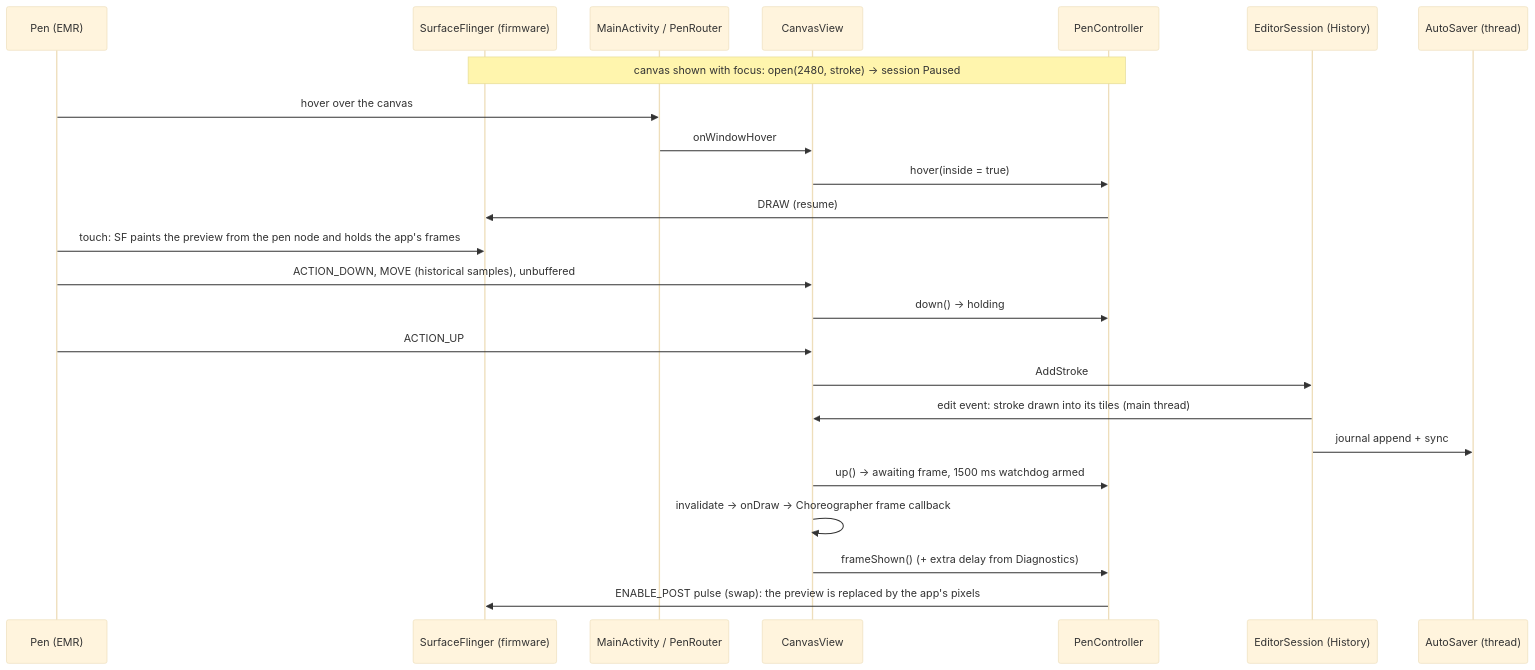
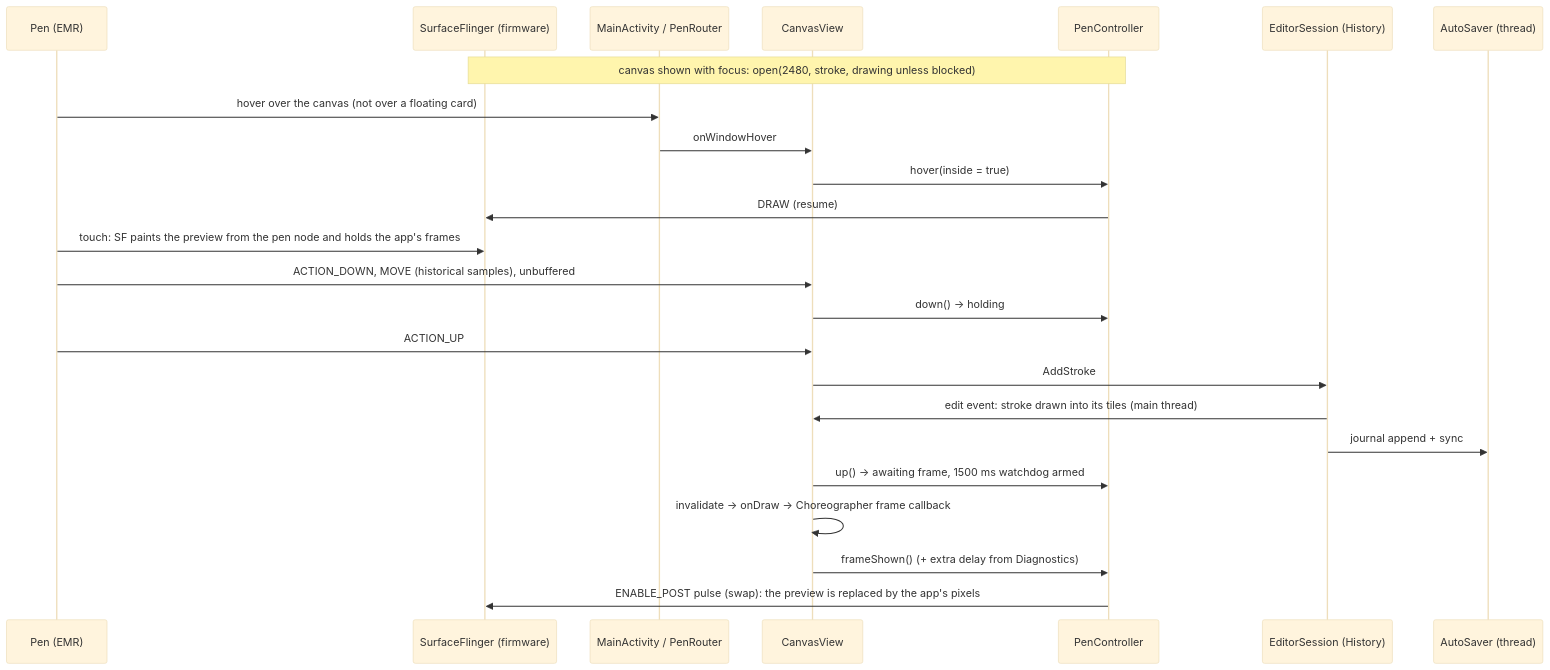
Before and after one commit to huuunleashed/BooxUltimatum: the diagram in docs/08-nib.md, drawn with Mermaid (base theme). The commit also changed other lines of this file and 124 other files, not shown here.

````diff
--- a/docs/08-nib.md
+++ b/docs/08-nib.md
@@ -23,26 +24,26 @@
 ```mermaid
 sequenceDiagram
     participant Pen as Pen (EMR)
     participant SF as SurfaceFlinger (firmware)
     participant Act as MainActivity / PenRouter
     participant View as CanvasView
     participant Ctl as PenController
     participant Doc as EditorSession (History)
     participant Save as AutoSaver (thread)
-    Note over Ctl,SF: canvas shown with focus: open(2480, stroke) → session Paused
-    Pen->>Act: hover over the canvas
+    Note over Ctl,SF: canvas shown with focus: open(2480, stroke, drawing unless blocked)
+    Pen->>Act: hover over the canvas (not over a floating card)
     Act->>View: onWindowHover
     View->>Ctl: hover(inside = true)
     Ctl->>SF: DRAW (resume)
     Pen->>SF: touch: SF paints the preview from the pen node and holds the app's frames
     Pen->>View: ACTION_DOWN, MOVE (historical samples), unbuffered
     View->>Ctl: down() → holding
     Pen->>View: ACTION_UP
     View->>Doc: AddStroke
     Doc->>View: edit event: stroke drawn into its tiles (main thread)
     Doc->>Save: journal append + sync
     View->>Ctl: up() → awaiting frame, 1500 ms watchdog armed
     View->>View: invalidate → onDraw → Choreographer frame callback
     View->>Ctl: frameShown() (+ extra delay from Diagnostics)
     Ctl->>SF: ENABLE_POST pulse (swap): the preview is replaced by the app's pixels
 ```
````
